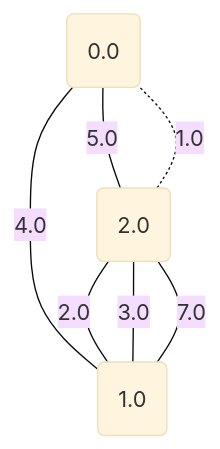
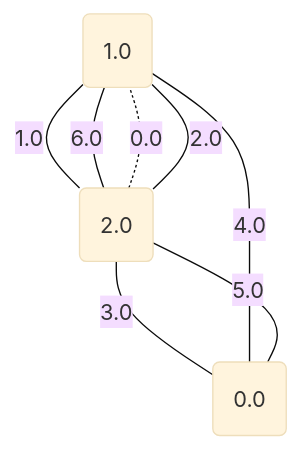
Before and after one commit to metury/graphs: diagram 16 of 17 in project/src/testing/minCutPetersen.md, drawn with Mermaid (base theme). The commit also changed other lines of this file and 52 other files, not shown here.

````diff
--- a/project/src/testing/minCutPetersen.md
+++ b/project/src/testing/minCutPetersen.md
@@ -394,12 +392,13 @@
 ```mermaid
 graph TD;
 0("0.0");
 1("1.0");
 2("2.0");
-	2 -. "1.0" -.- 0;
+	2 -. "0.0" -.- 1;
+	1 -- "1.0" --- 2;
 	2 -- "2.0" --- 1;
-	2 -- "3.0" --- 1;
-	0 -- "4.0" --- 1;
-	0 -- "5.0" --- 2;
-	2 -- "7.0" --- 1;
+	2 -- "3.0" --- 0;
+	1 -- "4.0" --- 0;
+	2 -- "5.0" --- 0;
+	1 -- "6.0" --- 2;
 ```
````
